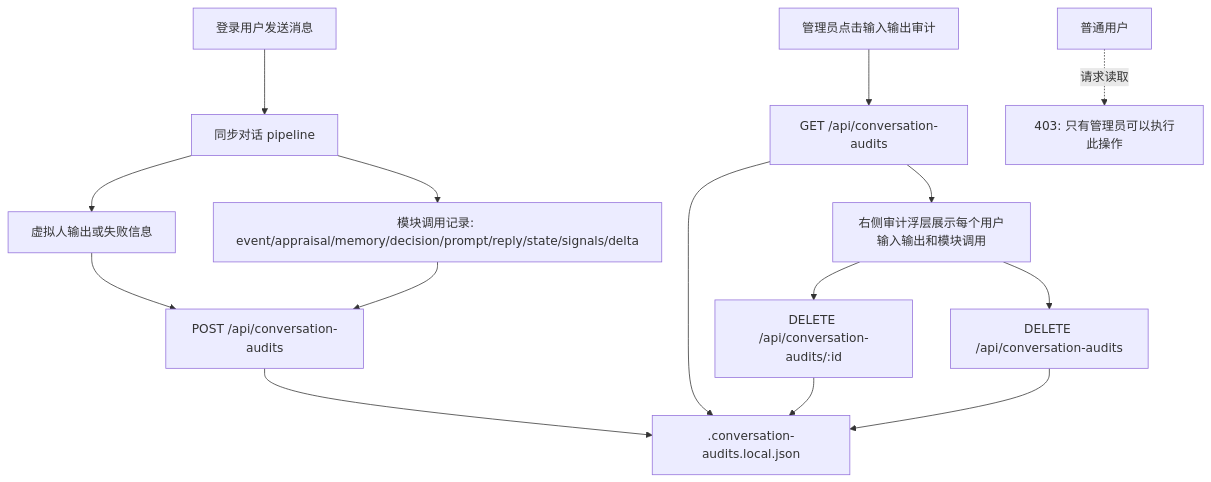
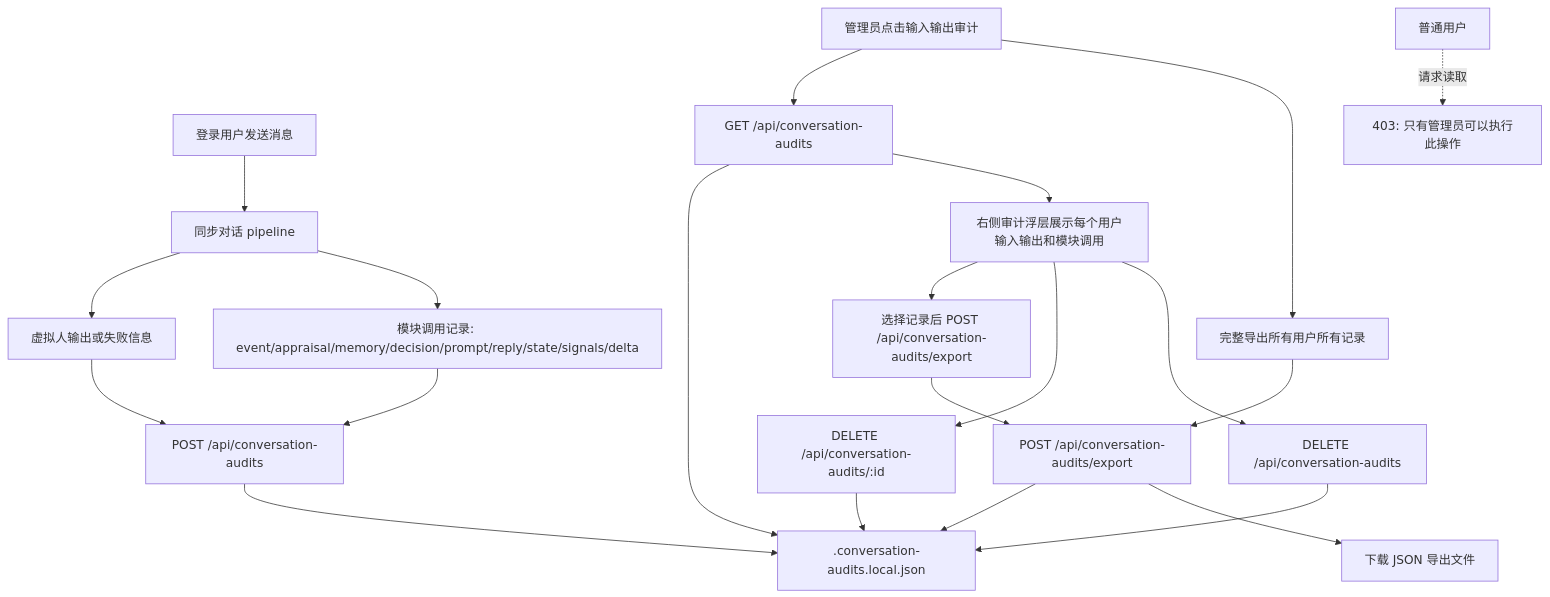
Before and after one commit to ttmanthatman/virtual-human-flow: the tenth of 31 diagrams in docs/SYSTEM_FLOW.md, drawn with Mermaid. The commit also changed other lines of this file and 13 other files, not shown here.

Commit message:
feat: export conversation audit records

````diff
--- a/docs/SYSTEM_FLOW.md
+++ b/docs/SYSTEM_FLOW.md
@@ -280,17 +280,23 @@
 ```mermaid
 flowchart TD
     U[登录用户发送消息] --> PIPE[同步对话 pipeline]
     PIPE --> OUT[虚拟人输出或失败信息]
     OUT --> AUDIT[POST /api/conversation-audits]
     PIPE --> MODULES[模块调用记录: event/appraisal/memory/decision/prompt/reply/state/signals/delta]
     MODULES --> AUDIT
     AUDIT --> STORE[.conversation-audits.local.json]
     ADMIN[管理员点击输入输出审计] --> READ[GET /api/conversation-audits]
     READ --> STORE
     READ --> UI[右侧审计浮层展示每个用户输入输出和模块调用]
+    UI --> EXPORTSEL[选择记录后 POST /api/conversation-audits/export]
+    ADMIN --> EXPORTALL[完整导出所有用户所有记录]
+    EXPORTALL --> EXPORTAPI[POST /api/conversation-audits/export]
+    EXPORTSEL --> EXPORTAPI
+    EXPORTAPI --> STORE
+    EXPORTAPI --> JSON[下载 JSON 导出文件]
     UI --> DELONE[DELETE /api/conversation-audits/:id]
     UI --> CLEAR[DELETE /api/conversation-audits]
     DELONE --> STORE
     CLEAR --> STORE
     USER[普通用户] -. 请求读取 .-> DENY[403: 只有管理员可以执行此操作]
 ```
````
